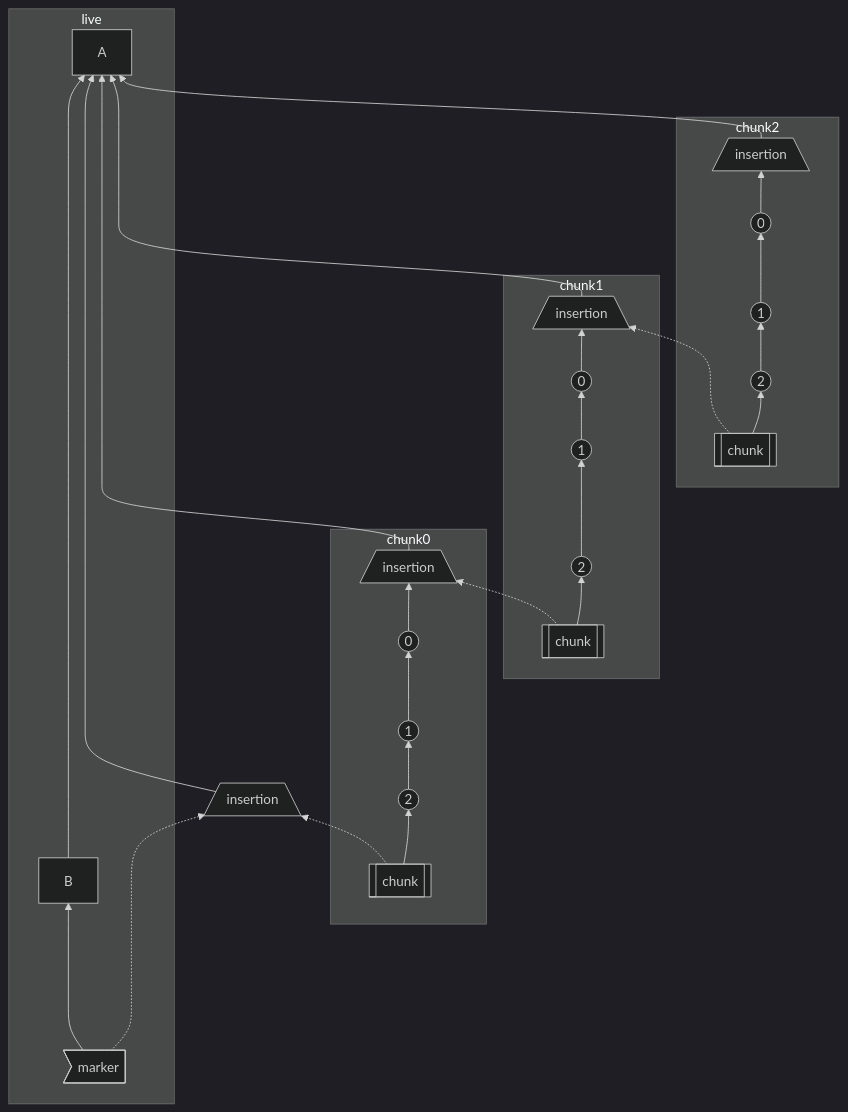
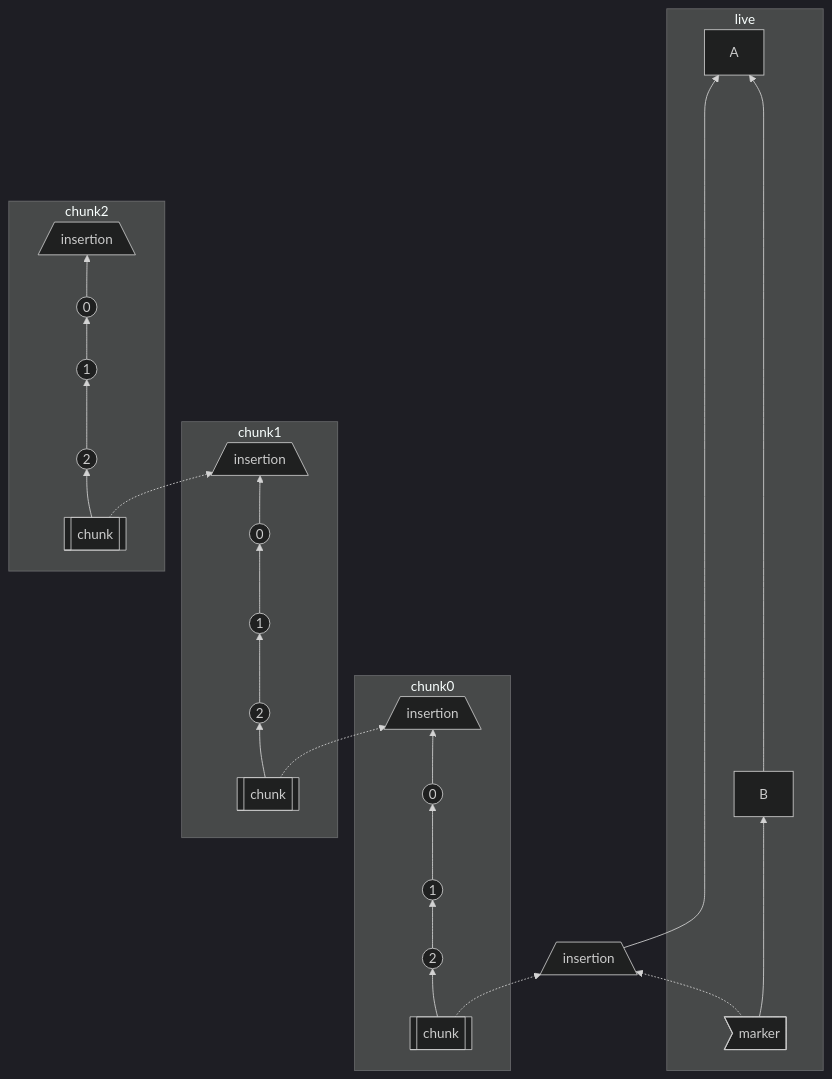
One commit to matrix-org/matrix-spec-proposals changed the third of 3 diagrams in proposals/2716-batch-send-historical-messages.md. Above: the diagram before and after it, drawn with Mermaid (dark theme). The commit also changed other lines of this file, not shown here.

Commit message:
Only connect the base insertion event to the specified prev_event

````diff
--- a/proposals/2716-batch-send-historical-messages.md
+++ b/proposals/2716-batch-send-historical-messages.md
@@ -226,27 +221,25 @@
 ```mermaid
 flowchart BT
     subgraph live
-        marker1>"marker"] ----> B --------------> A
+        marker1>"marker"] ----> B -----------------> A
     end
     
     subgraph chunk0
         chunk0-chunk[["chunk"]] --> chunk0-2(("2")) --> chunk0-1((1)) --> chunk0-0((0)) --> chunk0-insertion[/insertion\]
     end
 
     subgraph chunk1
         chunk1-chunk[["chunk"]] --> chunk1-2(("2")) --> chunk1-1((1)) --> chunk1-0((0)) --> chunk1-insertion[/insertion\]
     end
     
     subgraph chunk2
         chunk2-chunk[["chunk"]] --> chunk2-2(("2")) --> chunk2-1((1)) --> chunk2-0((0)) --> chunk2-insertion[/insertion\]
     end
 
+    
     marker1 -.-> chunk0-insertionBase
-    chunk0-insertionBase[/insertion\] -------> A
-    chunk0-chunk -.-> chunk0-insertionBase
-    chunk0-insertion -------> A
-    chunk1-insertion --> A
+    chunk0-insertionBase[/insertion\] -------------> A
+    chunk0-chunk -.-> chunk0-insertionBase[/insertion\]
     chunk1-chunk -.-> chunk0-insertion
-    chunk2-insertion --> A
     chunk2-chunk -.-> chunk1-insertion
 ```
````
